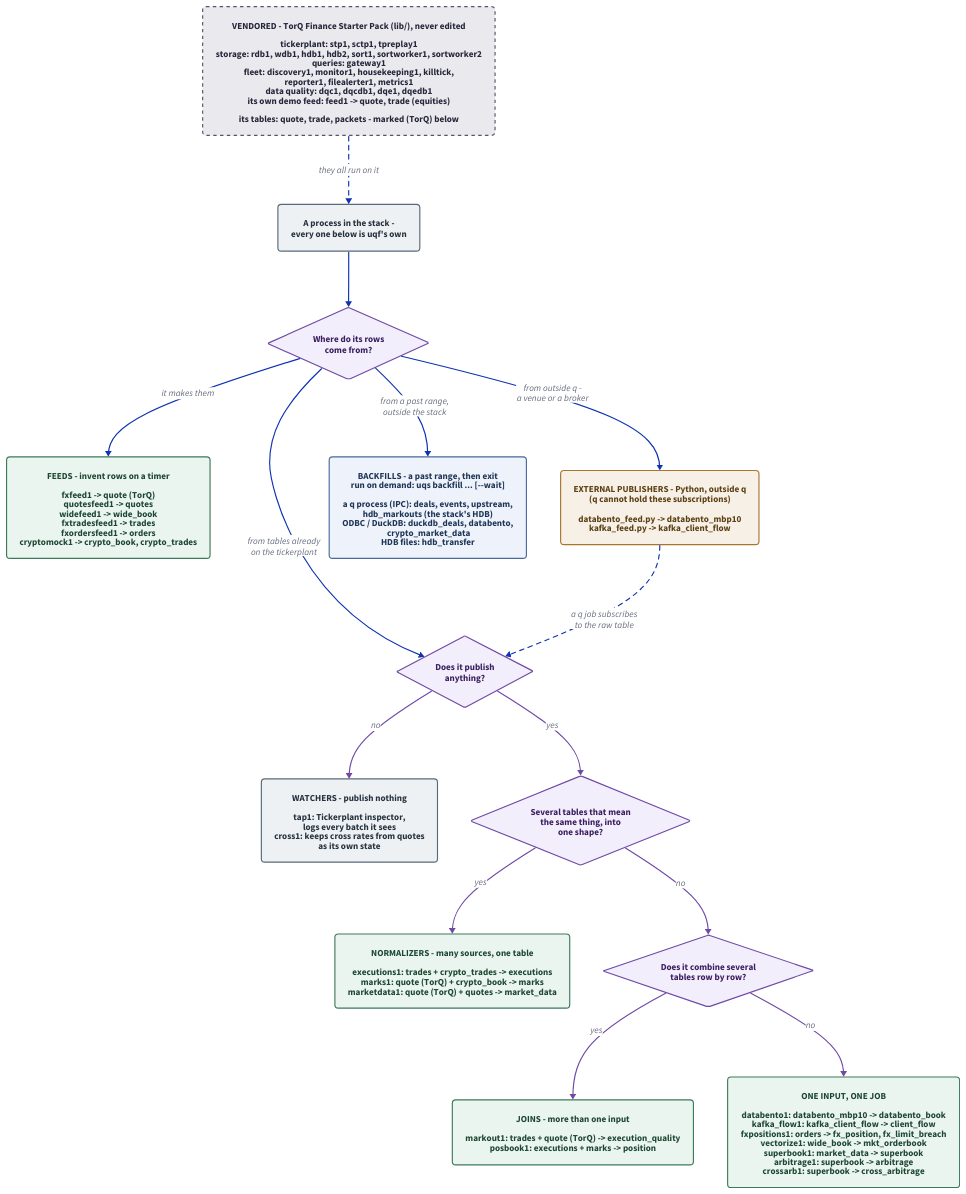
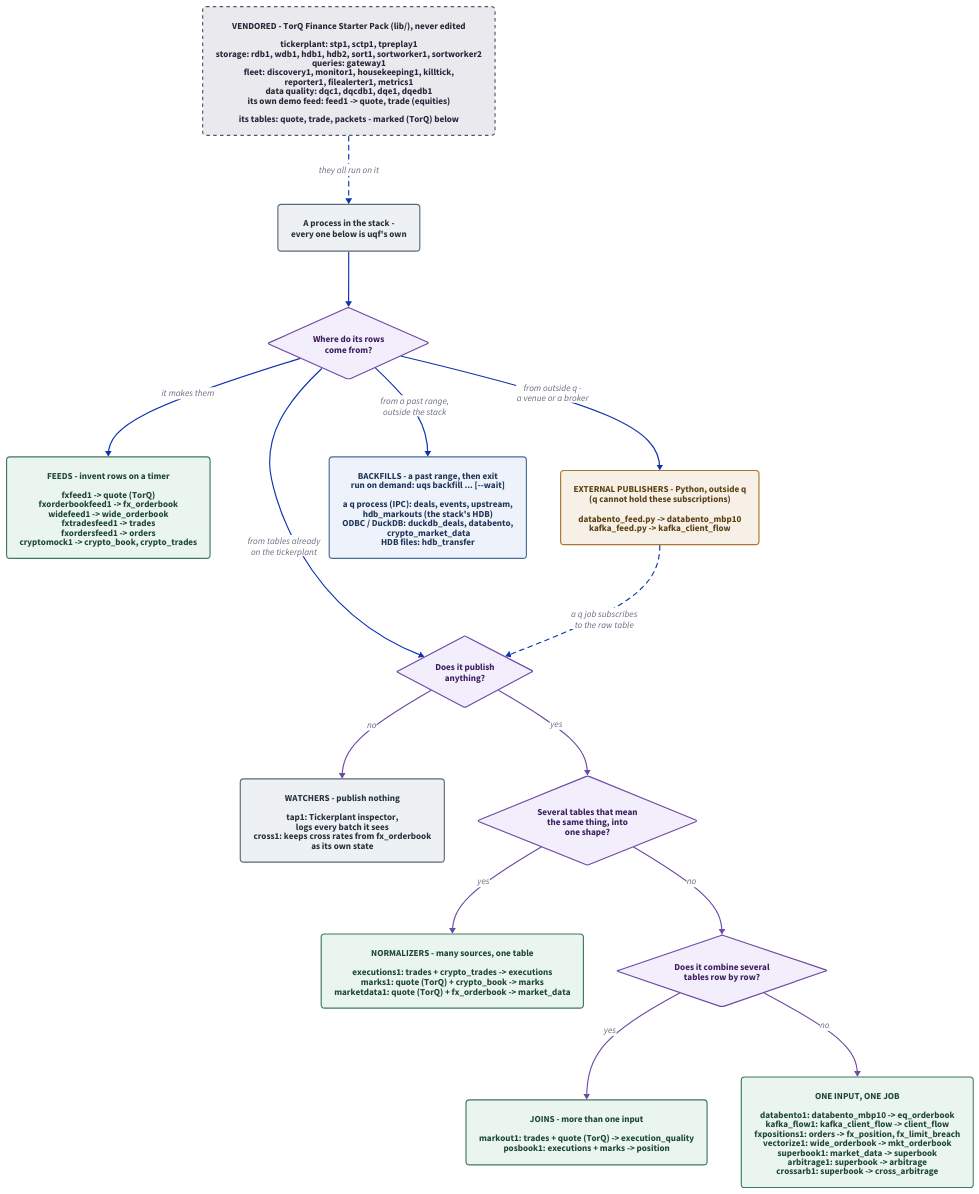
One commit to kwojdalski/uqf changed the diagram in docs/diagrams/services-showcase.d2. Above: the diagram before and after it, drawn with D2. The commit also changed 76 other files, not shown here.

```diff
--- a/docs/diagrams/services-showcase.d2
+++ b/docs/diagrams/services-showcase.d2
@@ -1,125 +1,125 @@
 # services-showcase.d2 - how the stack's processes differ, as a decision tree.
 #
 # Rendered by scripts/generate/render_diagrams.py, which CI runs with
 # --check. Embedded from docs/services/README.md.
 #
 # WHAT THIS DIAGRAM IS FOR. The showcase lists every process; this sorts them
 # by the two things that tell them apart: where their rows come from, and what
 # they do with the tables they read. Each leaf names its processes with the
 # tables they read and write, as the generated process table has them
 # (docs/reference/processes.md) - so it can be checked, not just believed.
 #
 # The Databento and Kafka processes are the easy ones to misread: the
 # PUBLISHER is a Python handler outside q (a q process cannot hold either
 # subscription), and databento1 / kafka_flow1 are ordinary subscribers to the
 # raw table it publishes. The drawing routes them through "from outside q"
 # and back into the subscriber questions for that reason.
 #
 # VENDORED vs OURS. Every process in the tree is uqf's own; the dashed box on
 # top is the TorQ Finance Starter Pack they run on (lib/, never edited) - its
 # 23 processes, as docs/reference/processes.md lists them, and its three
 # tables. A vendored table in a leaf is marked (TorQ): today that is `quote`,
 # which fxfeed1 writes beside TorQ's own feed1.
 
 direction: down
 
 vars: {
   d2-config: {
     pad: 40
   }
 }
 
 classes: {
   question: {
     shape: diamond
     style: {
       fill: "#f3eefb"
       stroke: "#6f4aa5"
       font-color: "#3a1e5f"
     }
   }
   group: {
     style: {
       fill: "#eaf5ef"
       stroke: "#3d7a5a"
       font-color: "#1d4733"
       border-radius: 6
     }
   }
   external: {
     style: {
       fill: "#f6f0e6"
       stroke: "#a8762f"
       font-color: "#5c3f13"
       border-radius: 6
     }
   }
   bounded: {
     style: {
       fill: "#eef3fb"
       stroke: "#4a6a9a"
       font-color: "#1f3557"
       border-radius: 6
     }
   }
   vendored: {
     style: {
       fill: "#e9e9ee"
       stroke: "#55556a"
       font-color: "#26263a"
       border-radius: 6
       stroke-dash: 3
     }
   }
   quiet: {
     style: {
       fill: "#eef1f4"
       stroke: "#5a6a78"
       font-color: "#25323d"
       border-radius: 6
     }
   }
 }
 
 vendored: "VENDORED - TorQ Finance Starter Pack (lib/), never edited\n\ntickerplant: stp1, sctp1, tpreplay1\nstorage: rdb1, wdb1, hdb1, hdb2, sort1, sortworker1, sortworker2\nqueries: gateway1\nfleet: discovery1, monitor1, housekeeping1, killtick,\nreporter1, filealerter1, metrics1\ndata quality: dqc1, dqcdb1, dqe1, dqedb1\nits own demo feed: feed1 -> quote, trade (equities)\n\nits tables: quote, trade, packets - marked (TorQ) below" { class: vendored }
 
 start: "A process in the stack -\nevery one below is uqf's own" { class: quiet }
 
 vendored -> start: "they all run on it" { style.stroke-dash: 4 }
 
 q_source: "Where do its rows\ncome from?" { class: question }
 
-feeds: "FEEDS - invent rows on a timer\n\nfxfeed1 -> quote (TorQ)\nquotesfeed1 -> quotes\nwidefeed1 -> wide_book\nfxtradesfeed1 -> trades\nfxordersfeed1 -> orders\ncryptomock1 -> crypto_book, crypto_trades" { class: group }
+feeds: "FEEDS - invent rows on a timer\n\nfxfeed1 -> quote (TorQ)\nfxorderbookfeed1 -> fx_orderbook\nwidefeed1 -> wide_orderbook\nfxtradesfeed1 -> trades\nfxordersfeed1 -> orders\ncryptomock1 -> crypto_book, crypto_trades" { class: group }
 
 external: "EXTERNAL PUBLISHERS - Python, outside q\n(q cannot hold these subscriptions)\n\ndatabento_feed.py -> databento_mbp10\nkafka_feed.py -> kafka_client_flow" { class: external }
 
 backfills: "BACKFILLS - a past range, then exit\nrun on demand: uqs backfill ... [--wait]\n\na q process (IPC): deals, events, upstream,\nhdb_markouts (the stack's HDB)\nODBC / DuckDB: duckdb_deals, databento,\n crypto_market_data\nHDB files: hdb_transfer" { class: bounded }
 
 q_publish: "Does it publish\nanything?" { class: question }
 
-quiet_leaves: "WATCHERS - publish nothing\n\ntap1: Tickerplant inspector,\nlogs every batch it sees\ncross1: keeps cross rates from quotes\nas its own state" { class: quiet }
+quiet_leaves: "WATCHERS - publish nothing\n\ntap1: Tickerplant inspector,\nlogs every batch it sees\ncross1: keeps cross rates from fx_orderbook\nas its own state" { class: quiet }
 
 q_same: "Several tables that mean\nthe same thing, into\none shape?" { class: question }
 
-normalizers: "NORMALIZERS - many sources, one table\n\nexecutions1: trades + crypto_trades -> executions\nmarks1: quote (TorQ) + crypto_book -> marks\nmarketdata1: quote (TorQ) + quotes -> market_data" { class: group }
+normalizers: "NORMALIZERS - many sources, one table\n\nexecutions1: trades + crypto_trades -> executions\nmarks1: quote (TorQ) + crypto_book -> marks\nmarketdata1: quote (TorQ) + fx_orderbook -> market_data" { class: group }
 
 q_join: "Does it combine several\ntables row by row?" { class: question }
 
 joins: "JOINS - more than one input\n\nmarkout1: trades + quote (TorQ) -> execution_quality\nposbook1: executions + marks -> position" { class: group }
 
-single: "ONE INPUT, ONE JOB\n\ndatabento1: databento_mbp10 -> databento_book\nkafka_flow1: kafka_client_flow -> client_flow\nfxpositions1: orders -> fx_position, fx_limit_breach\nvectorize1: wide_book -> mkt_orderbook\nsuperbook1: market_data -> superbook\narbitrage1: superbook -> arbitrage\ncrossarb1: superbook -> cross_arbitrage" { class: group }
+single: "ONE INPUT, ONE JOB\n\ndatabento1: databento_mbp10 -> eq_orderbook\nkafka_flow1: kafka_client_flow -> client_flow\nfxpositions1: orders -> fx_position, fx_limit_breach\nvectorize1: wide_orderbook -> mkt_orderbook\nsuperbook1: market_data -> superbook\narbitrage1: superbook -> arbitrage\ncrossarb1: superbook -> cross_arbitrage" { class: group }
 
 start -> q_source
 q_source -> feeds: "it makes them"
 q_source -> external: "from outside q -\na venue or a broker"
 q_source -> q_publish: "from tables already\non the tickerplant"
 q_source -> backfills: "from a past range,\noutside the stack"
 
 external -> q_publish: "a q job subscribes\nto the raw table" { style.stroke-dash: 4 }
 
 q_publish -> quiet_leaves: "no" { style.stroke: "#6f4aa5" }
 q_publish -> q_same: "yes" { style.stroke: "#6f4aa5" }
 q_same -> normalizers: "yes" { style.stroke: "#6f4aa5" }
 q_same -> q_join: "no" { style.stroke: "#6f4aa5" }
 q_join -> joins: "yes" { style.stroke: "#6f4aa5" }
 q_join -> single: "no" { style.stroke: "#6f4aa5" }
```
